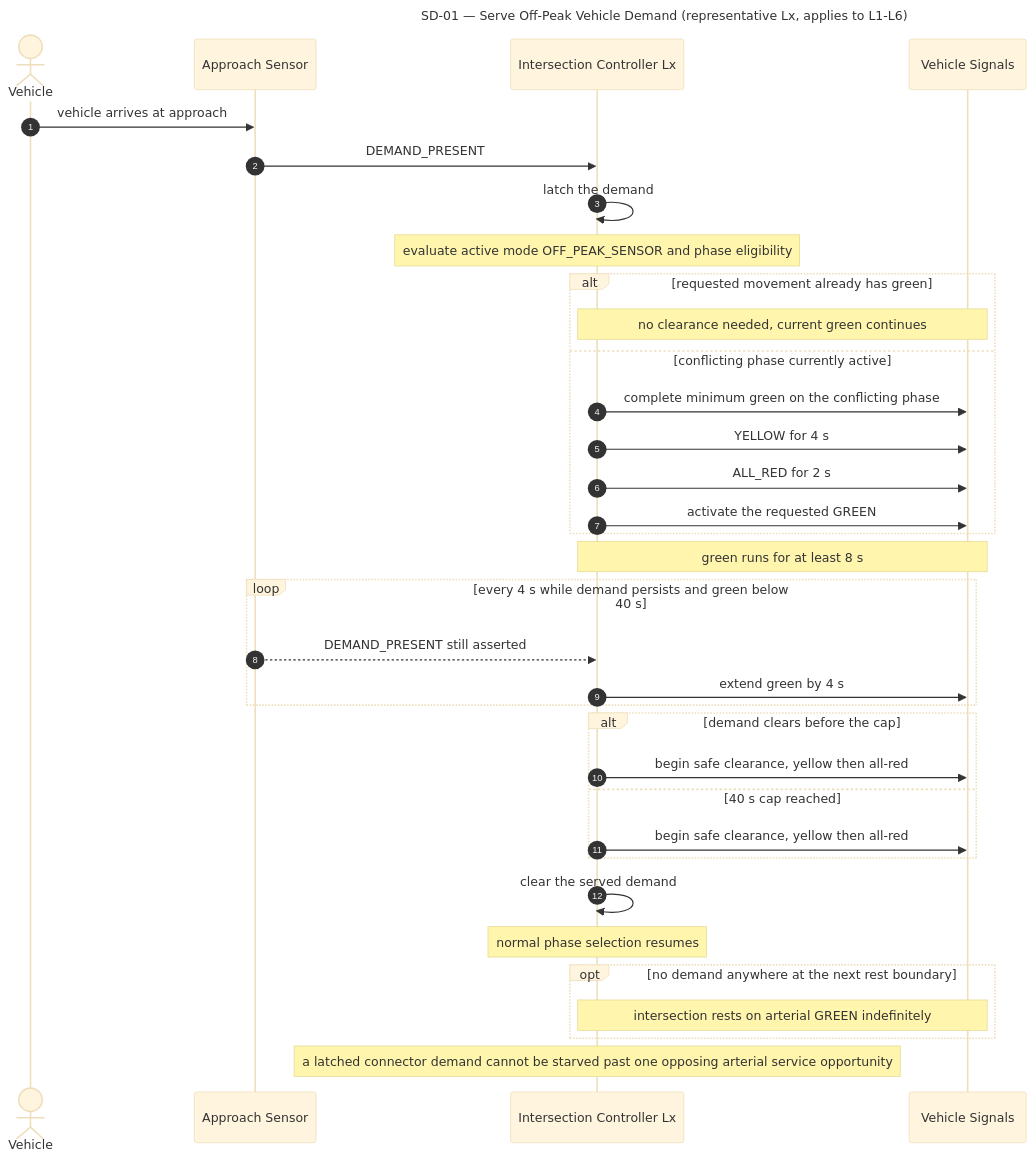
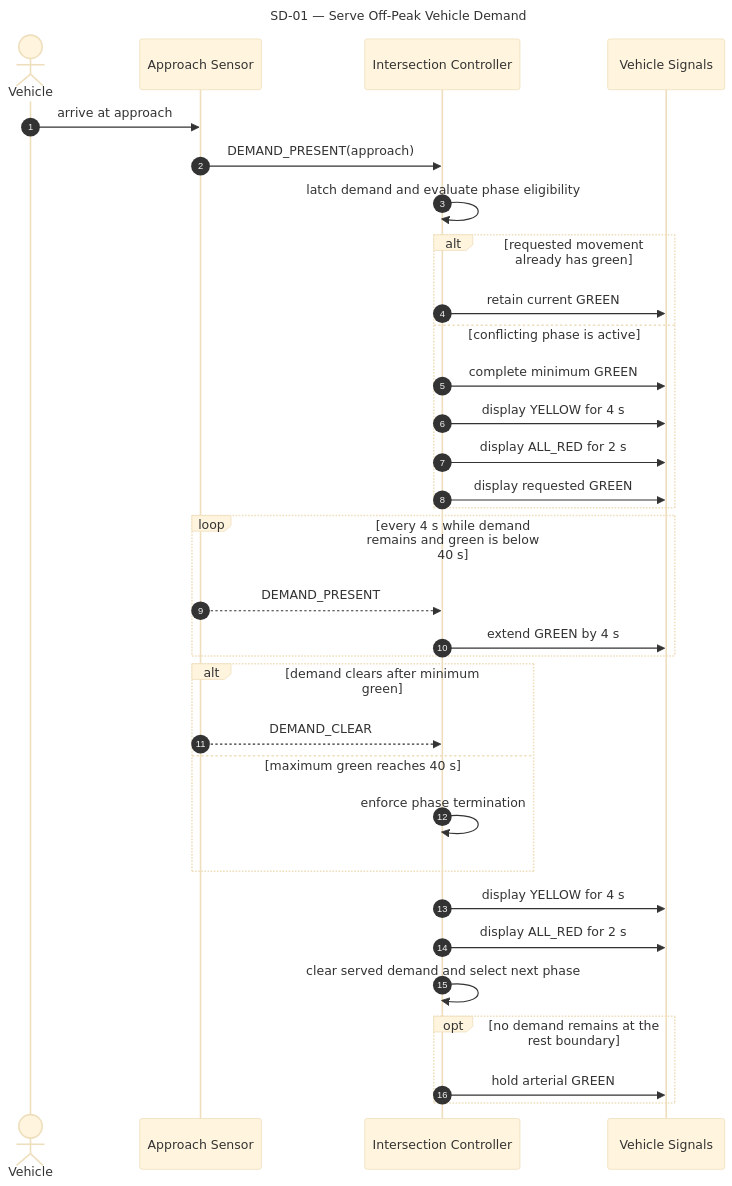
The first of 8 diagrams in SEQUENCE_DIAGRAMS.md (lucietran03/traffic-control-system), drawn with Mermaid (base theme) before and after one commit. The commit also changed other lines of this file, not shown here.

Commit message:
Make sequence diagrams report-ready

````diff
--- a/SEQUENCE_DIAGRAMS.md
+++ b/SEQUENCE_DIAGRAMS.md
@@ -42,50 +9,46 @@
 ```mermaid
 ---
-title: SD-01 — Serve Off-Peak Vehicle Demand (representative Lx, applies to L1-L6)
+title: SD-01 — Serve Off-Peak Vehicle Demand
 ---
 sequenceDiagram
     accTitle: SD-01 Serve Off-Peak Vehicle Demand
-    accDescr: Chronological flow of a vehicle demand event at a generic intersection controller Lx during OFF_PEAK_SENSOR operation, including green extension and anti-starvation.
+    accDescr: Vehicle demand is detected, safely served, extended while present, and cleared by a generic intersection controller operating in Off-Peak Sensor mode.
     autonumber
 
     actor V as Vehicle
     participant S as Approach Sensor
-    participant Lx as Intersection Controller Lx
+    participant Lx as Intersection Controller
     participant Sig as Vehicle Signals
 
-    V->>S: vehicle arrives at approach
-    S->>Lx: DEMAND_PRESENT
-    Lx->>Lx: latch the demand
-    Note over Lx: evaluate active mode OFF_PEAK_SENSOR and phase eligibility
+    V->>S: arrive at approach
+    S->>Lx: DEMAND_PRESENT(approach)
+    Lx->>Lx: latch demand and evaluate phase eligibility
 
     alt requested movement already has green
-        Note over Lx,Sig: no clearance needed, current green continues
-    else conflicting phase currently active
-        Lx->>Sig: complete minimum green on the conflicting phase
-        Lx->>Sig: YELLOW for 4 s
-        Lx->>Sig: ALL_RED for 2 s
-        Lx->>Sig: activate the requested GREEN
+        Lx->>Sig: retain current GREEN
+    else conflicting phase is active
+        Lx->>Sig: complete minimum GREEN
+        Lx->>Sig: display YELLOW for 4 s
+        Lx->>Sig: display ALL_RED for 2 s
+        Lx->>Sig: display requested GREEN
     end
 
-    Note over Lx,Sig: green runs for at least 8 s
-
-    loop every 4 s while demand persists and green below 40 s
-        S-->>Lx: DEMAND_PRESENT still asserted
-        Lx->>Sig: extend green by 4 s
+    loop every 4 s while demand remains and green is below 40 s
+        S-->>Lx: DEMAND_PRESENT
+        Lx->>Sig: extend GREEN by 4 s
     end
 
-    alt demand clears before the cap
-        Lx->>Sig: begin safe clearance, yellow then all-red
-    else 40 s cap reached
-        Lx->>Sig: begin safe clearance, yellow then all-red
+    alt demand clears after minimum green
+        S-->>Lx: DEMAND_CLEAR
+    else maximum green reaches 40 s
+        Lx->>Lx: enforce phase termination
     end
 
-    Lx->>Lx: clear the served demand
-    Note over Lx: normal phase selection resumes
+    Lx->>Sig: display YELLOW for 4 s
+    Lx->>Sig: display ALL_RED for 2 s
+    Lx->>Lx: clear served demand and select next phase
 
-    opt no demand anywhere at the next rest boundary
-        Note over Lx,Sig: intersection rests on arterial GREEN indefinitely
+    opt no demand remains at the rest boundary
+        Lx->>Sig: hold arterial GREEN
     end
-
-    Note over Lx: a latched connector demand cannot be starved past one opposing arterial service opportunity
 ```
````
